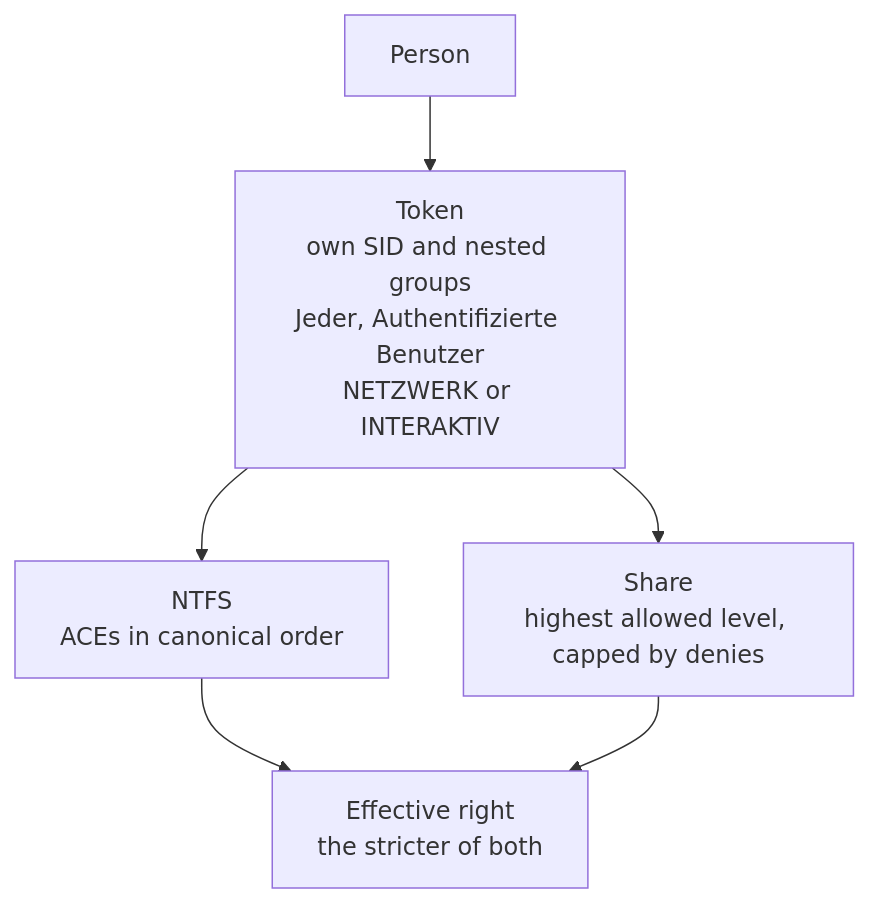
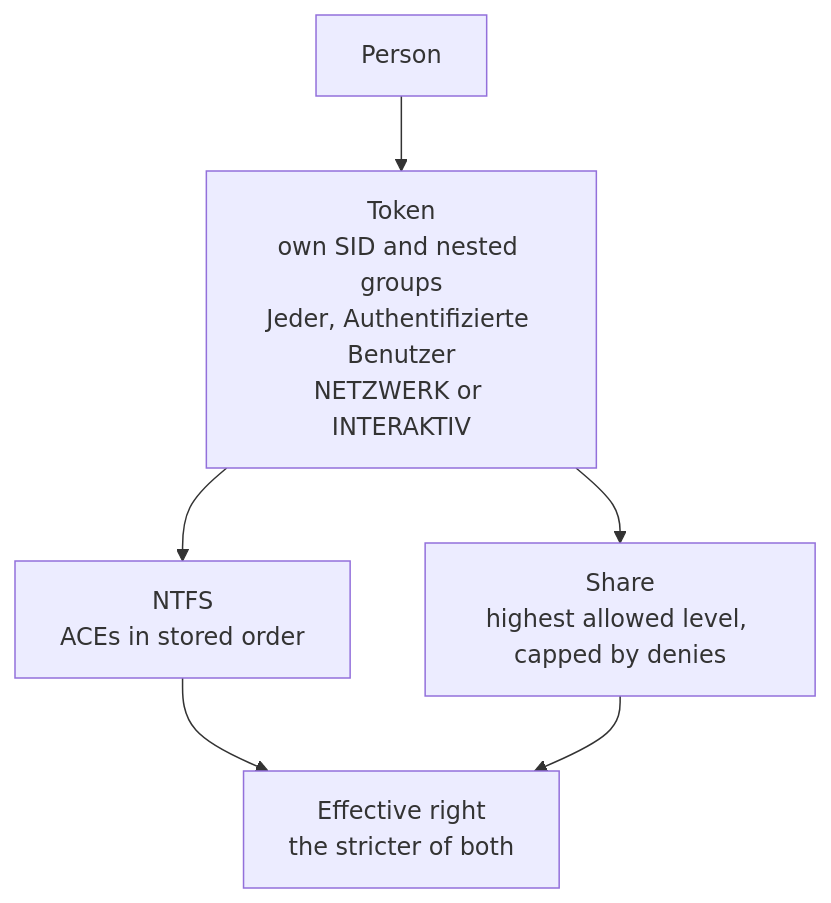
The second of 2 diagrams in docs/how-it-works.md (ict-baden/zutritt), drawn with Mermaid before and after one commit. The commit also changed other lines of this file and 62 other files, not shown here.

````diff
--- a/docs/how-it-works.md
+++ b/docs/how-it-works.md
@@ -130,8 +130,8 @@
 ```mermaid
 flowchart TB
     P["Person"] --> TK["Token<br>own SID and nested groups<br>Jeder, Authentifizierte Benutzer<br>NETZWERK or INTERAKTIV"]
-    TK --> N["NTFS<br>ACEs in canonical order"]
+    TK --> N["NTFS<br>ACEs in stored order"]
     TK --> S["Share<br>highest allowed level, capped by denies"]
     N --> E["Effective right<br>the stricter of both"]
     S --> E
 ```
````
